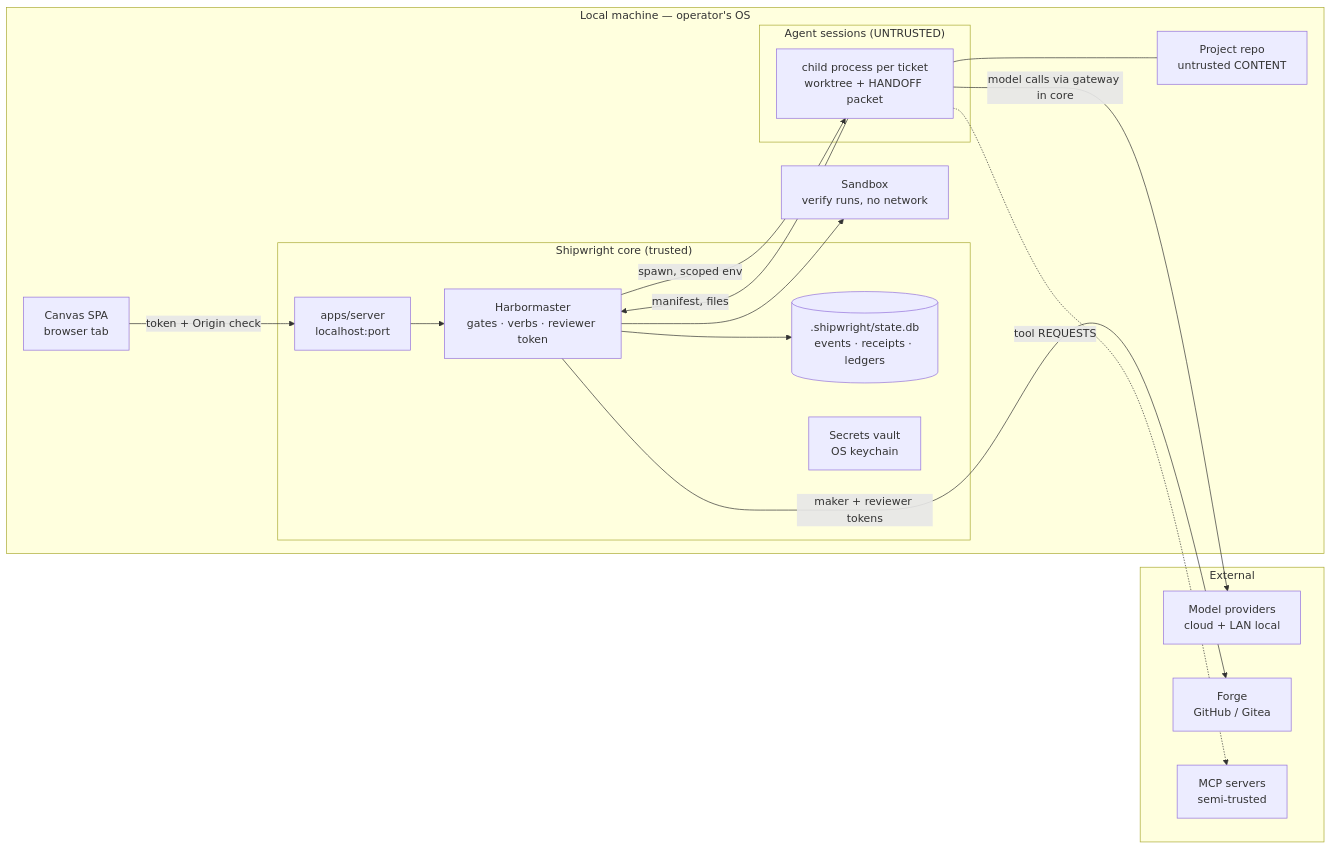
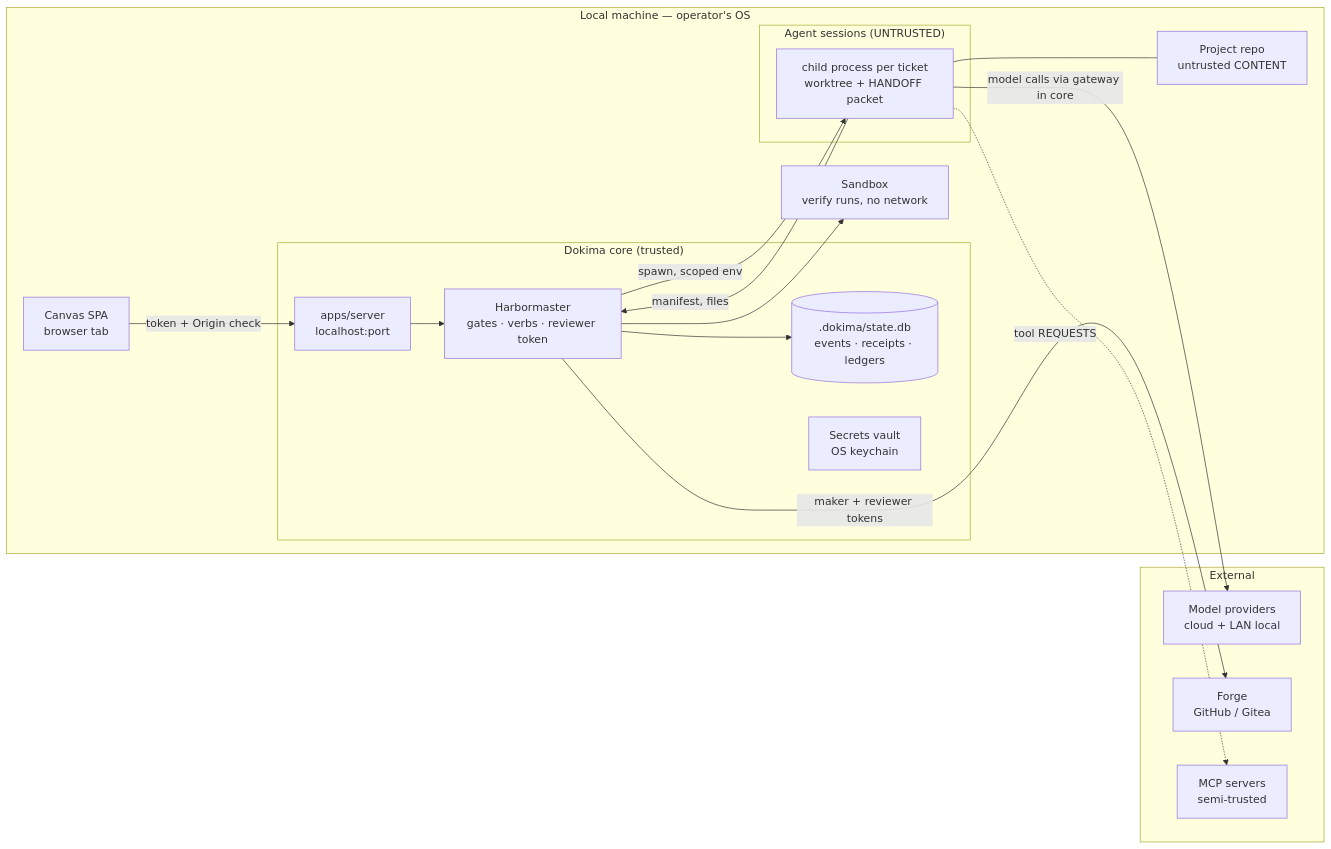
The diagram in docs/THREAT_MODEL.md (bpmforge/dokima), drawn with Mermaid before and after one commit. The commit also changed other lines of this file and 566 other files, not shown here.

First line of the commit message:
rename: Shipwright -> Dokima (D-021)

````diff
--- a/docs/THREAT_MODEL.md
+++ b/docs/THREAT_MODEL.md
@@ -12,31 +12,31 @@
 ```mermaid
 graph LR
     subgraph TB-L["Local machine — operator's OS"]
       BR[Canvas SPA<br/>browser tab]
-      subgraph TB-C["Shipwright core (trusted)"]
+      subgraph TB-C["Dokima core (trusted)"]
         SRV[apps/server<br/>localhost:port]
         HM[Harbormaster<br/>gates · verbs · reviewer token]
-        DB[(.shipwright/state.db<br/>events · receipts · ledgers)]
+        DB[(.dokima/state.db<br/>events · receipts · ledgers)]
         VLT[Secrets vault<br/>OS keychain]
       end
       subgraph TB-A["Agent sessions (UNTRUSTED)"]
         AG[child process per ticket<br/>worktree + HANDOFF packet]
       end
       SBX[Sandbox<br/>verify runs, no network]
       REPO[Project repo<br/>untrusted CONTENT]
     end
     subgraph TB-X["External"]
       PROV[Model providers<br/>cloud + LAN local]
       FRG[Forge<br/>GitHub / Gitea]
       MCPS[MCP servers<br/>semi-trusted]
     end
     BR -->|token + Origin check| SRV
     SRV --> HM --> DB
     HM -->|spawn, scoped env| AG
     AG -->|manifest, files| HM
     AG -->|model calls via gateway in core| PROV
     AG -.->|tool REQUESTS| MCPS
     HM -->|maker + reviewer tokens| FRG
     AG --- REPO
     HM --> SBX
 ```
````
